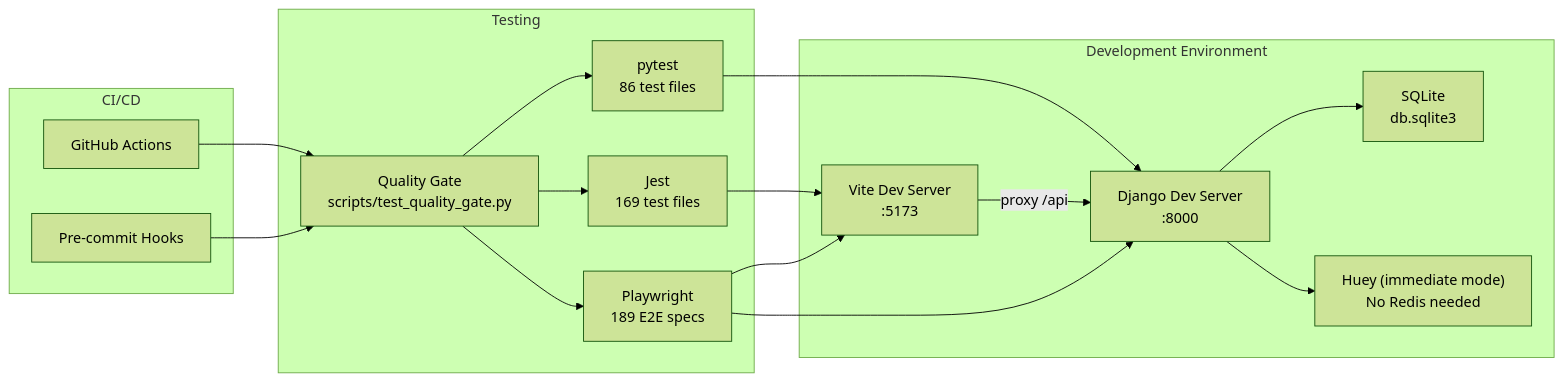
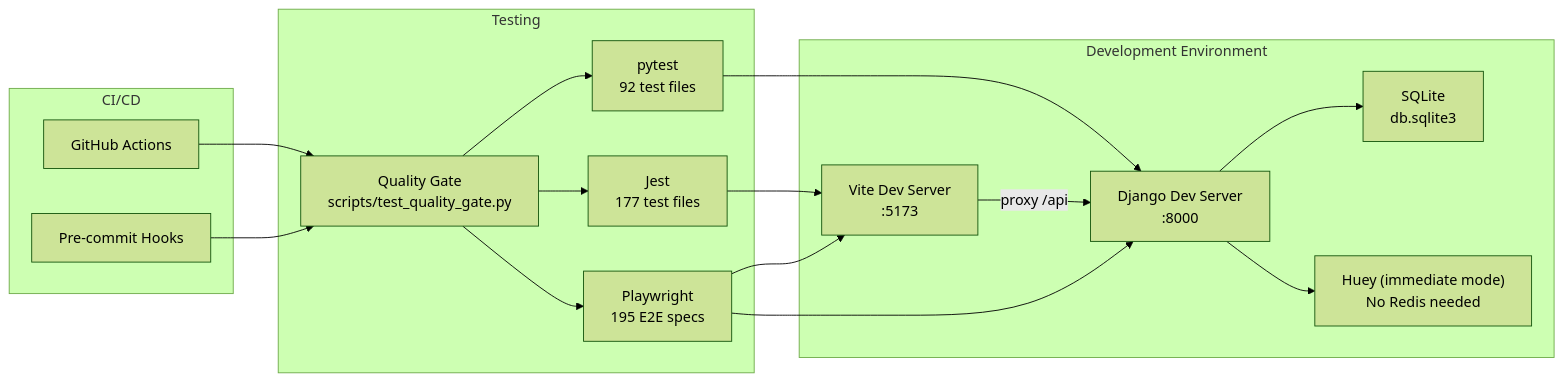
The second of 8 diagrams in docs/methodology/architecture.md (carlos18bp/gym_project), drawn with Mermaid (forest theme) before and after one commit. The commit also changed other lines of this file and 15 other files, not shown here.

Commit message:
FEAT: add notification/signature-reminder/offline test coverage + flow tracking

````diff
--- a/docs/methodology/architecture.md
+++ b/docs/methodology/architecture.md
@@ -60,34 +60,34 @@
 ```mermaid
 flowchart LR
     subgraph Dev["Development Environment"]
         Vite["Vite Dev Server\n:5173"]
         Django["Django Dev Server\n:8000"]
         Huey_Imm["Huey (immediate mode)\nNo Redis needed"]
         SQLite["SQLite\ndb.sqlite3"]
     end
 
     subgraph Test["Testing"]
-        Pytest["pytest\n86 test files"]
-        Jest["Jest\n169 test files"]
-        PW["Playwright\n189 E2E specs"]
+        Pytest["pytest\n92 test files"]
+        Jest["Jest\n177 test files"]
+        PW["Playwright\n195 E2E specs"]
         QG["Quality Gate\nscripts/test_quality_gate.py"]
     end
 
     subgraph CI["CI/CD"]
         GHA["GitHub Actions"]
         PreCommit["Pre-commit Hooks"]
     end
 
     Vite -->|"proxy /api"| Django
     Django --> SQLite
     Django --> Huey_Imm
     Pytest --> Django
     Jest --> Vite
     PW --> Vite
     PW --> Django
     QG --> Pytest
     QG --> Jest
     QG --> PW
     GHA --> QG
     PreCommit --> QG
 ```
````
